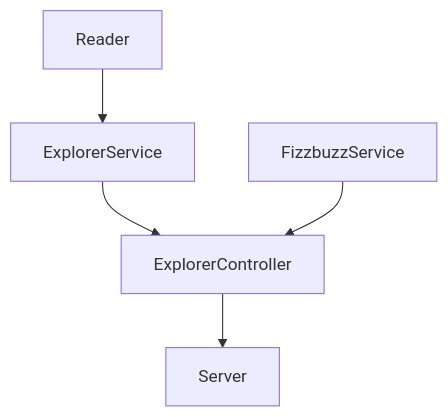
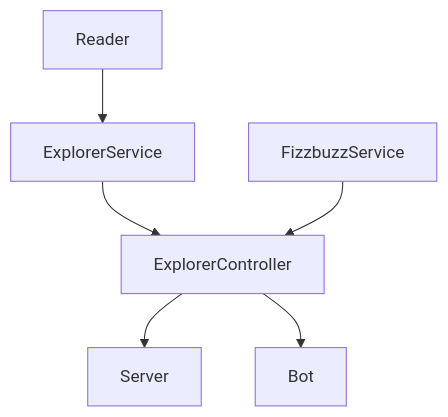
The diagram in README.md (herr-code/fizzbuzz-bot-telegram), drawn with Mermaid before and after one commit. The commit also changed other lines of this file, not shown here.

````diff
--- a/README.md
+++ b/README.md
@@ -53,8 +44,9 @@
 ```mermaid
 graph TD;
     Reader-->ExplorerService;
     FizzbuzzService;
     ExplorerService-->ExplorerController
     FizzbuzzService-->ExplorerController
     ExplorerController-->Server
+    ExplorerController-->Bot
 ```
````
